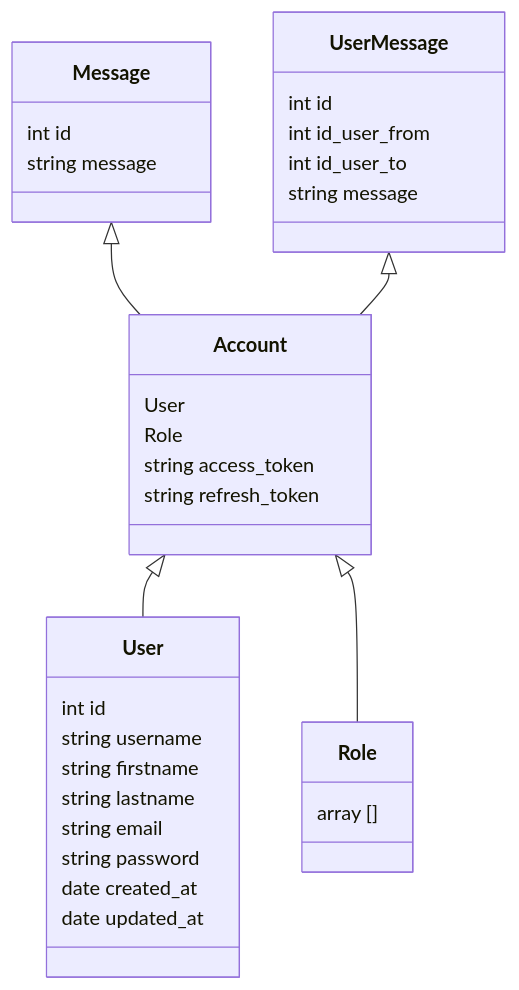
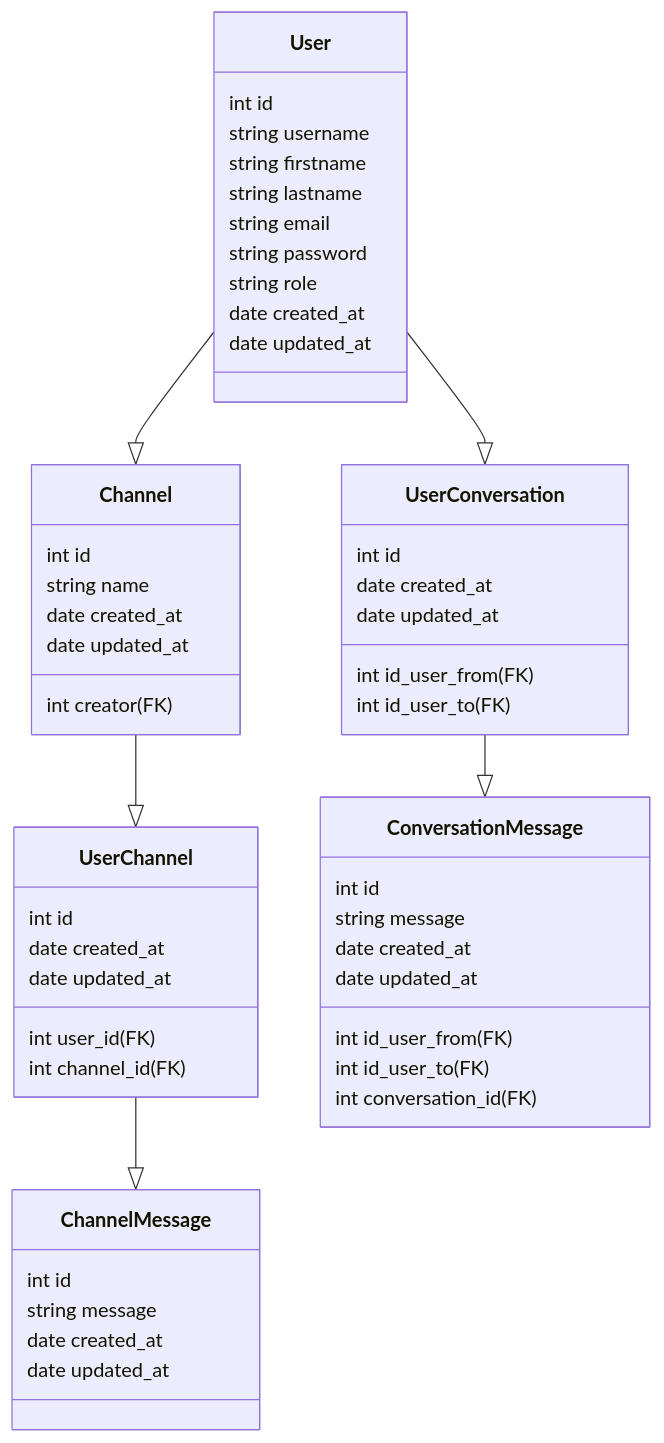
One commit to alexandre-daumail/app-mobile-chat changed the diagram in doc/ENTITY.md. Above: the diagram before and after it, drawn with Mermaid.

````diff
--- a/doc/ENTITY.md
+++ b/doc/ENTITY.md
@@ -3,41 +3,61 @@
 ```mermaid
 classDiagram
-  Account <|-- User
-  Account <|-- Role
-  Message <|-- Account
-  UserMessage <|-- Account
-   
+  User --|> Channel
+  Channel --|> UserChannel
+  UserChannel --|> ChannelMessage
+  User --|> UserConversation
+  UserConversation --|> ConversationMessage
+  
   class User{
     int id
     string username
     string firstname
     string lastname
     string email
     string password
+    string role
     date created_at
     date updated_at
   }
-
-  class Role{
-    array []
+  
+  class Channel{
+    int id
+    string name
+    int creator (FK)
+    date created_at
+    date updated_at
   }
-
-  class Account{
-    User
-    Role
-    string access_token
-    string refresh_token
+  
+  class UserChannel{
+    int id
+    int user_id (FK)
+    int channel_id (FK)
+    date created_at
+    date updated_at
   }
-
-  class Message{
+  
+  class ChannelMessage{
     int id
     string message
+    date created_at
+    date updated_at
   }
-
-  class UserMessage{
+  
+  class UserConversation{
     int id
-    int id_user_from
-    int id_user_to
+    int id_user_from (FK)
+    int id_user_to (FK)
+    date created_at
+    date updated_at
+  }
+  
+  class ConversationMessage{
+    int id
     string message
+    int id_user_from (FK)
+    int id_user_to (FK)
+    int conversation_id (FK)
+    date created_at
+    date updated_at
   }
 ```
````
